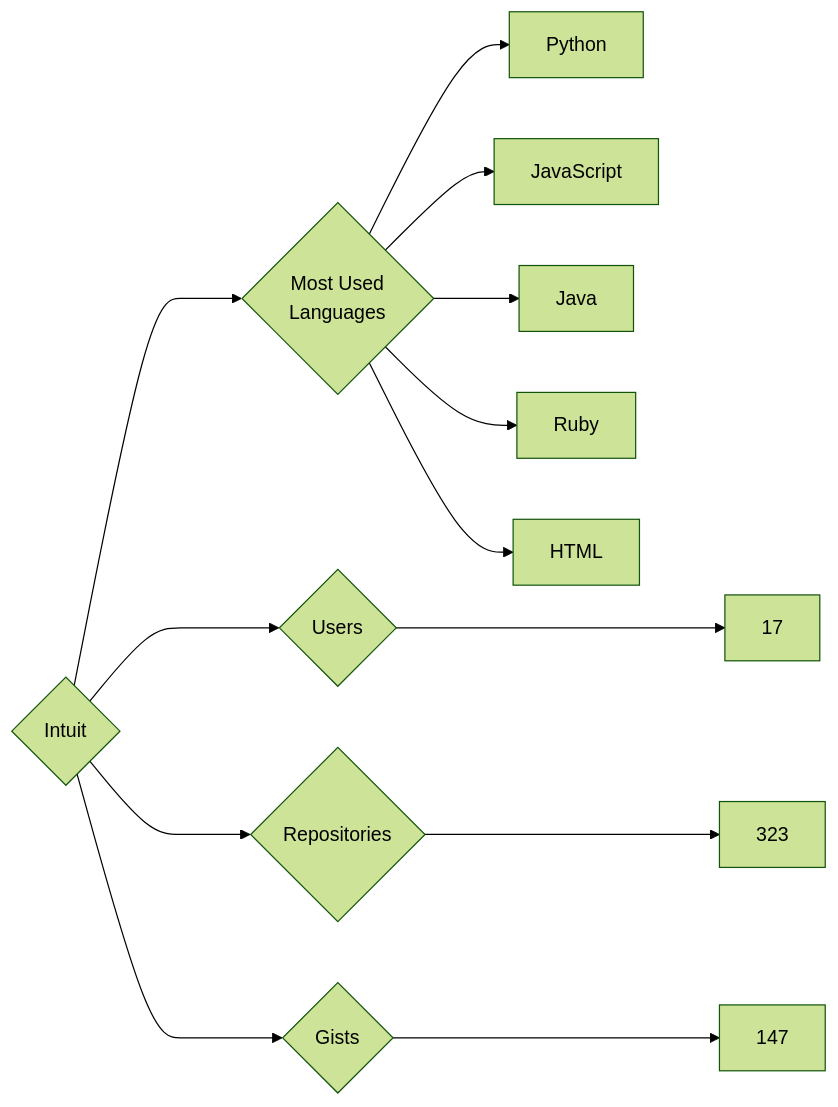
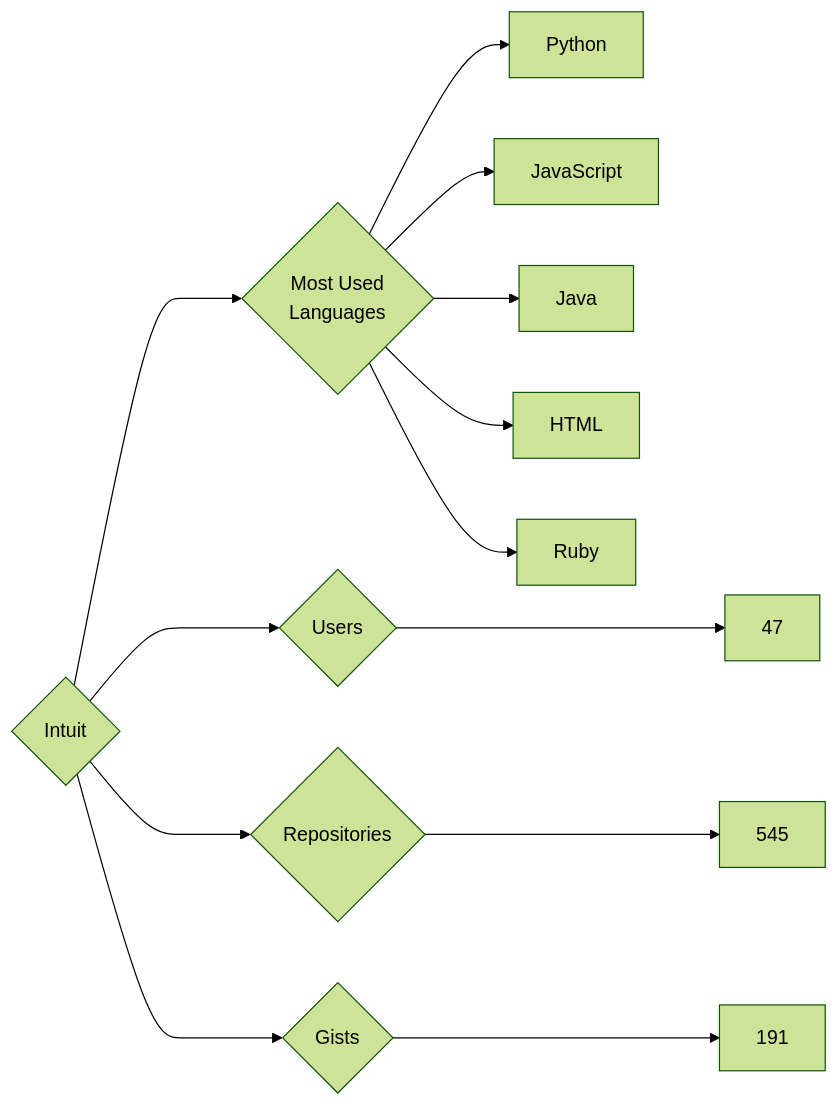
Before and after one commit to trickest/insiders: the diagram in targets/Intuit/README.md, drawn with Mermaid (forest theme). The commit also changed 927 other files, not shown here.

````diff
--- a/targets/Intuit/README.md
+++ b/targets/Intuit/README.md
@@ -3,13 +3,13 @@
 ```mermaid
 graph LR
 COMPANY_NAME{Intuit}
-COMPANY_NAME ---> U{Users} ---> UN[17]
-COMPANY_NAME ---> R{Repositories} ---> RN[323]
-COMPANY_NAME ---> G{Gists} ---> GN[147]
+COMPANY_NAME ---> U{Users} ---> UN[47]
+COMPANY_NAME ---> R{Repositories} ---> RN[545]
+COMPANY_NAME ---> G{Gists} ---> GN[191]
 COMPANY_NAME ---> ML{Most Used<br>Languages}
 ML --> Python[Python]
 ML --> JavaScript[JavaScript]
 ML --> Java[Java]
+ML --> HTML[HTML]
 ML --> Ruby[Ruby]
-ML --> HTML[HTML]
 ```
````
